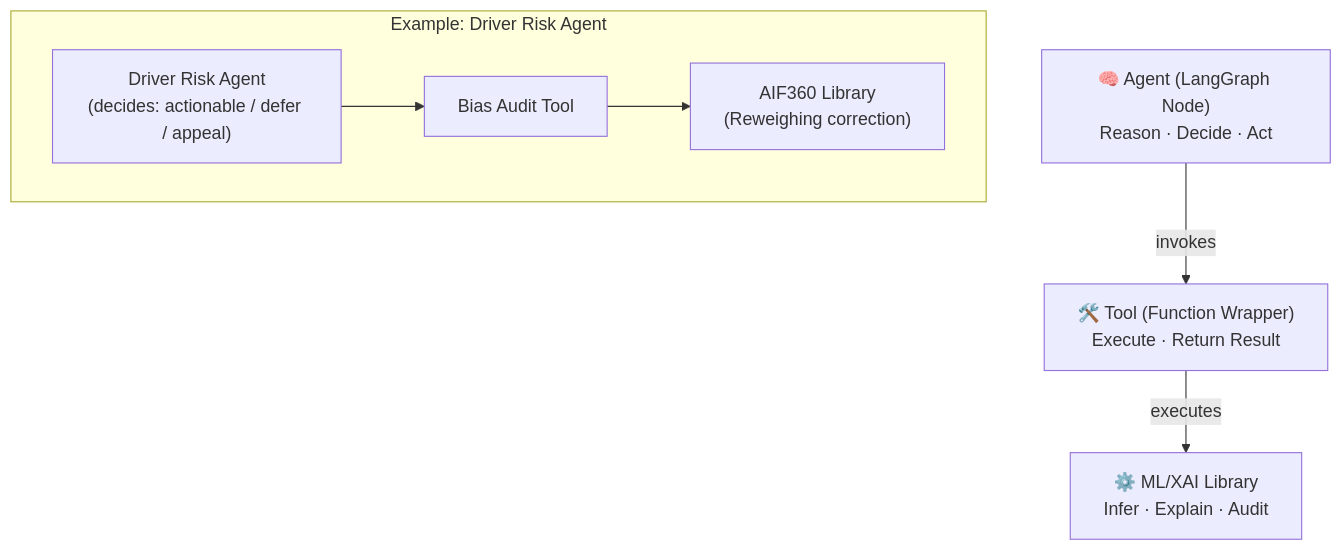
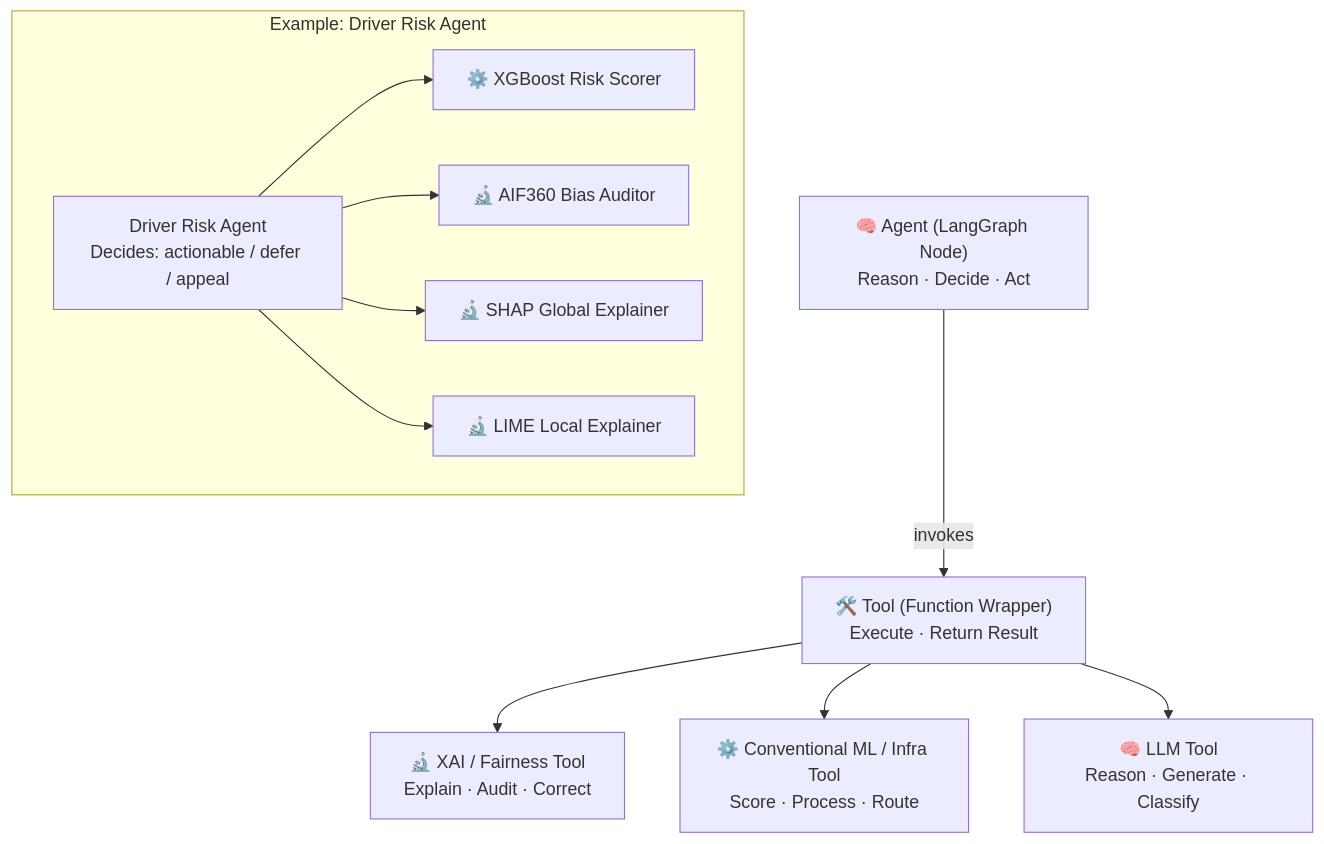
Before and after one commit to tracedata-ai/tracedata-ai-monorepo: the first of 2 diagrams in docs/architecture/project_proposal.md, drawn with Mermaid. The commit also changed other lines of this file, not shown here.

````diff
--- a/docs/architecture/project_proposal.md
+++ b/docs/architecture/project_proposal.md
@@ -54,16 +105,25 @@
 ```mermaid
 graph TD
     Agent["🧠 Agent (LangGraph Node)\nReason · Decide · Act"]
     Tool["🛠️ Tool (Function Wrapper)\nExecute · Return Result"]
-    Lib["⚙️ ML/XAI Library\nInfer · Explain · Audit"]
+    XAI["🔬 XAI / Fairness Tool\nExplain · Audit · Correct"]
+    ML["⚙️ Conventional ML / Infra Tool\nScore · Process · Route"]
+    LLM["🧠 LLM Tool\nReason · Generate · Classify"]
 
-    Agent -->|"invokes"| Tool
-    Tool -->|"executes"| Lib
+    Agent -->|invokes| Tool
+    Tool --> XAI
+    Tool --> ML
+    Tool --> LLM
 
     subgraph "Example: Driver Risk Agent"
-        DA["Driver Risk Agent\n(decides: actionable / defer / appeal)"]
-        DT["Bias Audit Tool"]
-        DL["AIF360 Library\n(Reweighing correction)"]
-        DA --> DT --> DL
+        DA["Driver Risk Agent\nDecides: actionable / defer / appeal"]
+        DT1["⚙️ XGBoost Risk Scorer"]
+        DT2["🔬 AIF360 Bias Auditor"]
+        DT3["🔬 SHAP Global Explainer"]
+        DT4["🔬 LIME Local Explainer"]
+        DA --> DT1
+        DA --> DT2
+        DA --> DT3
+        DA --> DT4
     end
 ```
````
